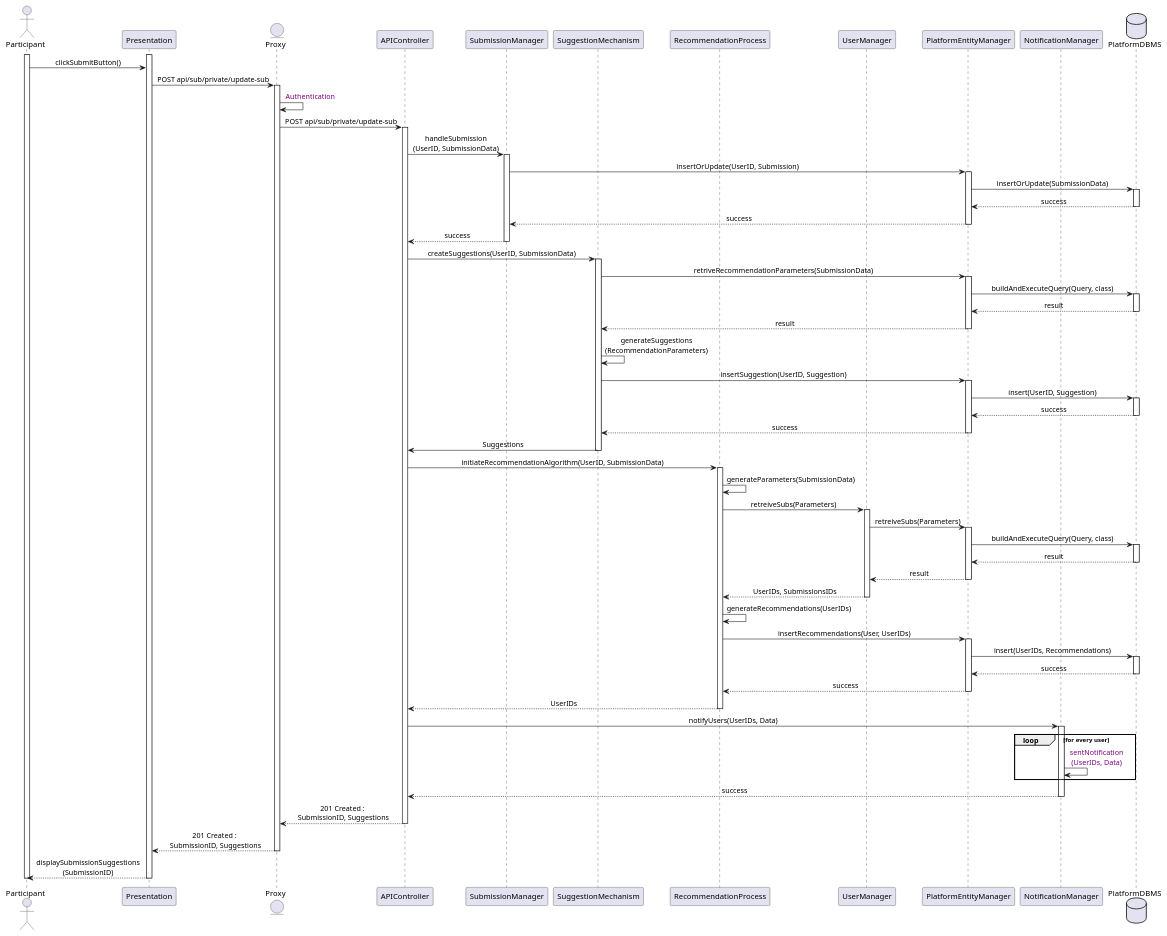
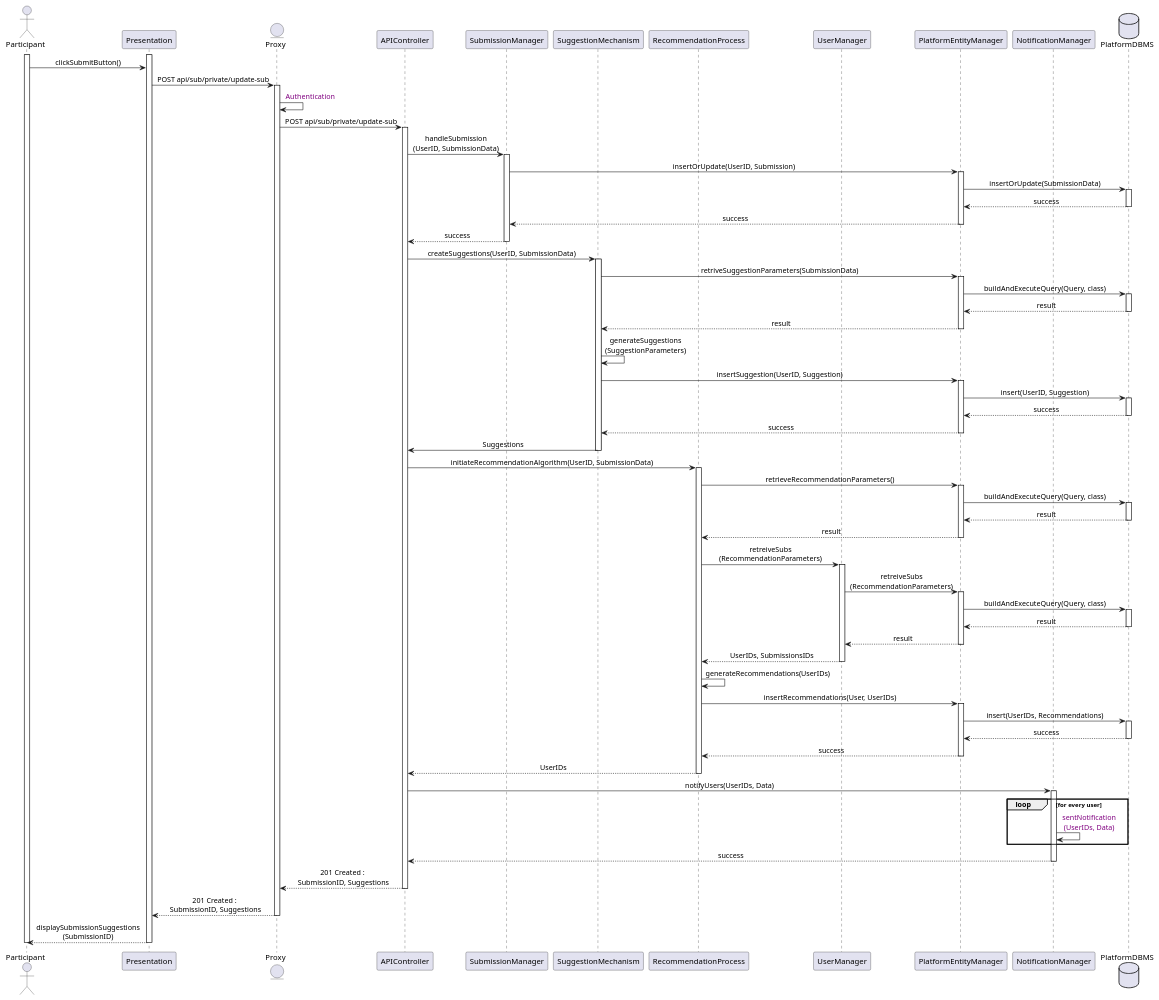
The diagram in Diagrams/SequenceDiagrams/DD/3ParticipantSubmission.wsd (Slaitroc/RicciPaoliGrisoni), drawn with PlantUML before and after one commit.

Commit message:
Fix Recommendation algorithm (retrive parameters from DB)

```diff
--- a/Diagrams/SequenceDiagrams/DD/3ParticipantSubmission.wsd
+++ b/Diagrams/SequenceDiagrams/DD/3ParticipantSubmission.wsd
@@ -1,71 +1,74 @@
 @startuml ParticipantSubmission
 skinparam sequenceMessageAlign center
 actor       Participant
 participant Presentation
 entity      Proxy
 participant APIController
 participant SubmissionManager
 participant SuggestionMechanism
 participant RecommendationProcess
 participant UserManager
 participant PlatformEntityManager
 participant NotificationManager
 database    PlatformDBMS
 
 activate Participant
 activate Presentation
 Participant -> Presentation : clickSubmitButton()
 Presentation -> Proxy ++ : POST api/sub/private/update-sub
 Proxy -> Proxy  : <color:purple> Authentication
 Proxy -> APIController ++ : POST api/sub/private/update-sub
 APIController -> SubmissionManager : handleSubmission\n(UserID, SubmissionData)
 activate SubmissionManager
 ' SubmissionManager -> SubmissionManager : check(submission)
 SubmissionManager -> PlatformEntityManager : insertOrUpdate(UserID, Submission)
 activate PlatformEntityManager
 PlatformEntityManager -> PlatformDBMS : insertOrUpdate(SubmissionData)
 activate PlatformDBMS
 PlatformDBMS --> PlatformEntityManager : success
 deactivate PlatformDBMS
 PlatformEntityManager --> SubmissionManager : success 
 deactivate PlatformEntityManager
 SubmissionManager --> APIController : success
 deactivate SubmissionManager
 APIController -> SuggestionMechanism ++ : createSuggestions(UserID, SubmissionData)
-SuggestionMechanism -> PlatformEntityManager ++ : retriveRecommendationParameters(SubmissionData)
+SuggestionMechanism -> PlatformEntityManager ++ : retriveSuggestionParameters(SubmissionData)
 PlatformEntityManager -> PlatformDBMS ++ : buildAndExecuteQuery(Query, class)
 PlatformDBMS --> PlatformEntityManager -- : result
 PlatformEntityManager --> SuggestionMechanism -- : result
-SuggestionMechanism -> SuggestionMechanism : generateSuggestions\n(RecommendationParameters)
+SuggestionMechanism -> SuggestionMechanism : generateSuggestions\n(SuggestionParameters)
 SuggestionMechanism -> PlatformEntityManager ++ : insertSuggestion(UserID, Suggestion)
 PlatformEntityManager -> PlatformDBMS ++ : insert(UserID, Suggestion)
 PlatformDBMS --> PlatformEntityManager -- : success
 PlatformEntityManager -->  SuggestionMechanism -- : success
 SuggestionMechanism -> APIController -- : Suggestions
 APIController -> RecommendationProcess ++ : initiateRecommendationAlgorithm(UserID, SubmissionData)
-RecommendationProcess -> RecommendationProcess : generateParameters(SubmissionData)
-RecommendationProcess -> UserManager ++ : retreiveSubs(Parameters)
-UserManager -> PlatformEntityManager ++ : retreiveSubs(Parameters)
+RecommendationProcess -> PlatformEntityManager ++ : retrieveRecommendationParameters()
+PlatformEntityManager -> PlatformDBMS ++ : buildAndExecuteQuery(Query, class)
+PlatformDBMS --> PlatformEntityManager -- : result
+PlatformEntityManager --> RecommendationProcess -- : result
+RecommendationProcess -> UserManager ++ : retreiveSubs\n(RecommendationParameters)
+UserManager -> PlatformEntityManager ++ : retreiveSubs\n(RecommendationParameters)
 PlatformEntityManager -> PlatformDBMS ++ : buildAndExecuteQuery(Query, class)
 PlatformDBMS --> PlatformEntityManager -- : result
 PlatformEntityManager --> UserManager -- : result
 UserManager --> RecommendationProcess -- : UserIDs, SubmissionsIDs
 RecommendationProcess -> RecommendationProcess : generateRecommendations(UserIDs)
 RecommendationProcess -> PlatformEntityManager ++ : insertRecommendations(User, UserIDs)
 PlatformEntityManager -> PlatformDBMS ++ : insert(UserIDs, Recommendations)
 PlatformDBMS --> PlatformEntityManager -- : success
 PlatformEntityManager -->  RecommendationProcess -- : success
 RecommendationProcess --> APIController -- : UserIDs
 APIController -> NotificationManager ++ : notifyUsers(UserIDs, Data)
 loop for every user
     NotificationManager -> NotificationManager : <color:purple> sentNotification\n <color:purple>(UserIDs, Data)
 end
 NotificationManager --> APIController -- : success
 APIController --> Proxy : 201 Created :\n SubmissionID, Suggestions
 deactivate APIController
 Proxy --> Presentation : 201 Created :\n SubmissionID, Suggestions
 deactivate Proxy
 Presentation --> Participant : displaySubmissionSuggestions\n(SubmissionID)
 deactivate Presentation
 deactivate Participant
 @enduml
```
